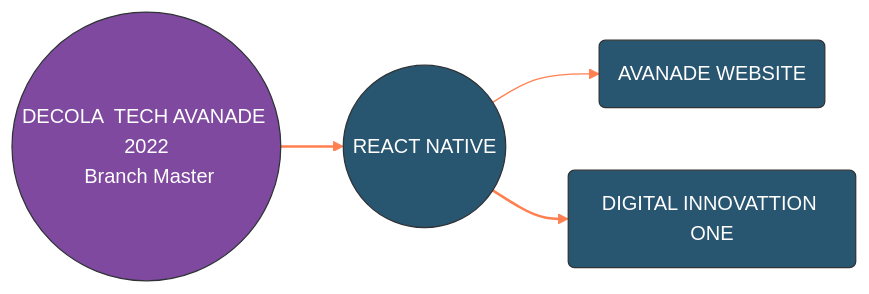
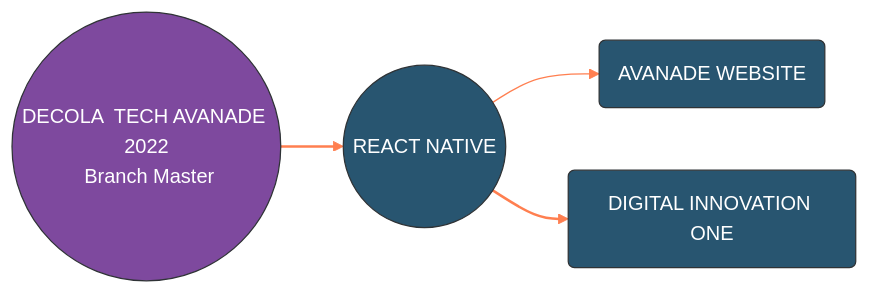
The second of 2 diagrams in readme.md (TeoNogueira/Decola-Tech-BootCamp), drawn with Mermaid before and after one commit.

Commit message:
Em construção!
Em construção!

````diff
--- a/readme.md
+++ b/readme.md
@@ -10,28 +10,28 @@
   ```mermaid
 
 %%{init: {'theme': 'base', 'themeVariables': { 'primaryColor': '#285570', 'edgeLabelBackground':'#777777', 'tertiaryColor': '#285570', 'primaryTextColor': 'white', 'lineColor': 'coral'}}}%%
 
 flowchart LR;
 
  A:::someclass
     classDef someclass fill:#7e499e;
     
 1(AVANADE) --> 1A(AVANADE WEBSITE) 
-1(Season_01) --> 1B(DIGITAL INNOVATTION ONE) 
+1(Season_01) --> 1B(DIGITAL INNOVATION ONE) 
 A((DECOLA  TECH AVANADE 2022\n Branch Master\n )) --> 1((REACT NATIVE))
 
 
  linkStyle 1 stroke-width:2px,fill:none,stroke:coral;
   linkStyle 2 stroke-width:2px,fill:none,stroke:coral;
   linkStyle 2 stroke-width:2px,fill:none,stroke:coral;
     linkStyle 1 stroke-width:2px,fill:none,stroke:coral;
 
 
 
 
 click A "https://github.com/TeoNogueira/Decola-Tech-BootCamp"
 click 1 "www."
 click 1A "https://www.avanade.com/pt-br"
 click 1B "https://www.dio.me/"
 
 ```
````
